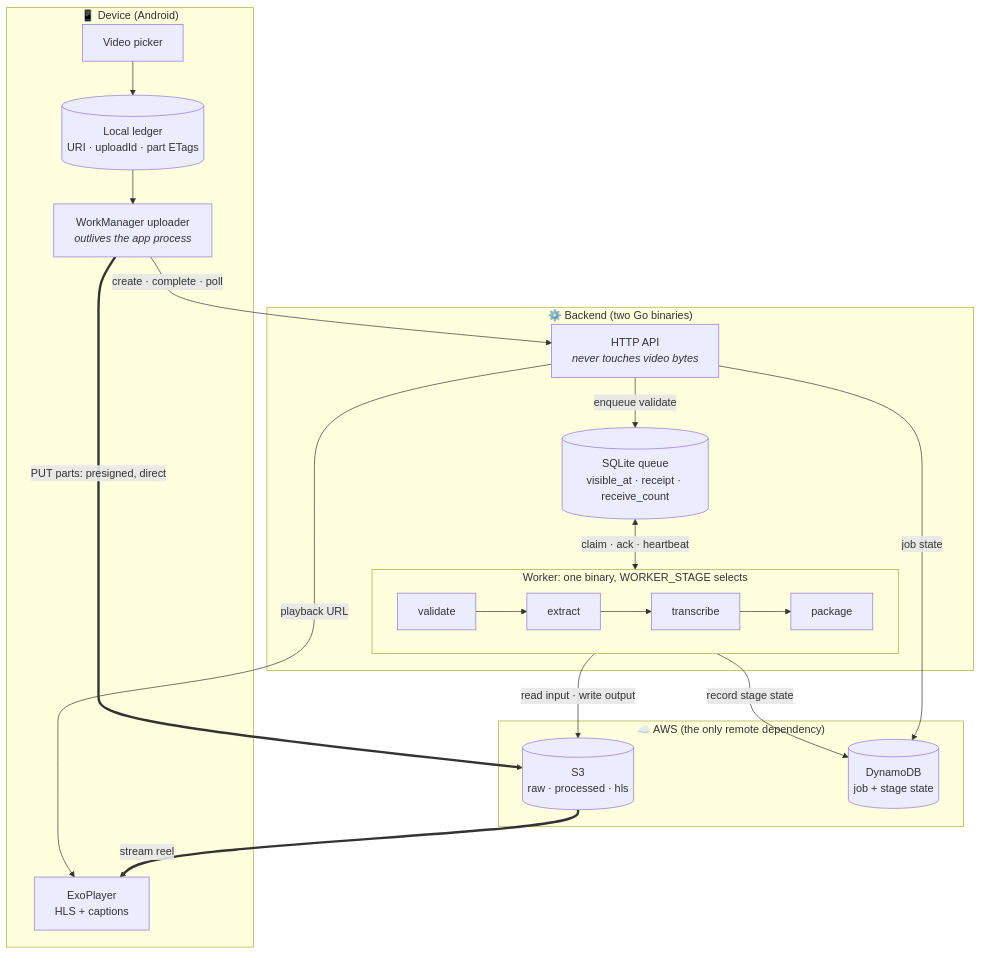
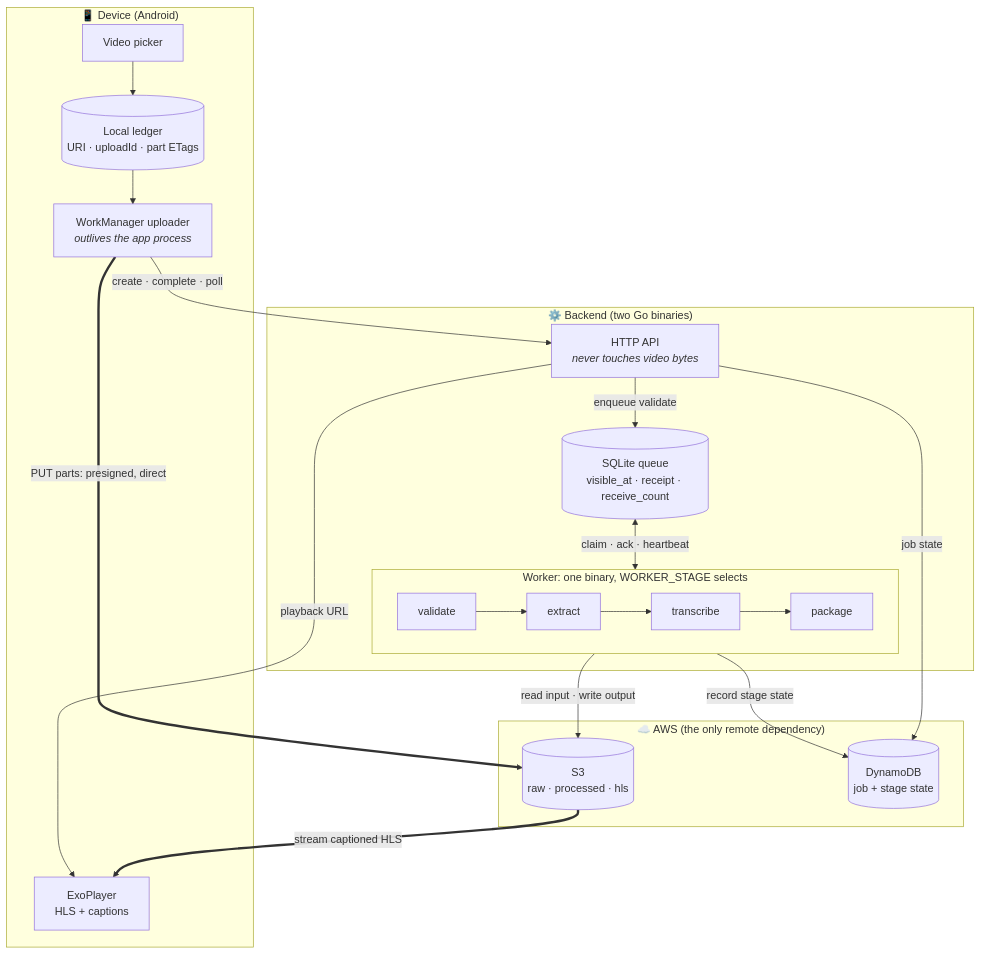
Before and after one commit to Anshuman11o/Video-Processing-Mobile-App: the diagram in README.md, drawn with Mermaid. The commit also changed other lines of this file and 41 other files, not shown here.

````diff
--- a/README.md
+++ b/README.md
@@ -84,34 +97,34 @@
 ```mermaid
 flowchart TB
     subgraph device["📱 Device (Android)"]
         picker["Video picker"]
         ledger[("Local ledger<br/>URI · uploadId · part ETags")]
         wm["WorkManager uploader<br/><i>outlives the app process</i>"]
         player["ExoPlayer<br/>HLS + captions"]
         picker --> ledger --> wm
     end
 
     subgraph backend["⚙️ Backend (two Go binaries)"]
         api["HTTP API<br/><i>never touches video bytes</i>"]
         queue[("SQLite queue<br/>visible_at · receipt · receive_count")]
         subgraph workers["Worker: one binary, WORKER_STAGE selects"]
             direction LR
             v["validate"] --> e["extract"] --> t["transcribe"] --> p["package"]
         end
         api -->|"enqueue validate"| queue
         queue <-->|"claim · ack · heartbeat"| workers
     end
 
     subgraph aws["☁️ AWS (the only remote dependency)"]
         s3[("S3<br/>raw · processed · hls")]
         ddb[("DynamoDB<br/>job + stage state")]
     end
 
     wm ==>|"PUT parts: presigned, direct"| s3
     wm -->|"create · complete · poll"| api
     workers -->|"read input · write output"| s3
     workers -->|"record stage state"| ddb
     api -->|"job state"| ddb
-    s3 ==>|"stream reel"| player
+    s3 ==>|"stream captioned HLS"| player
     api -->|"playback URL"| player
 ```
````
